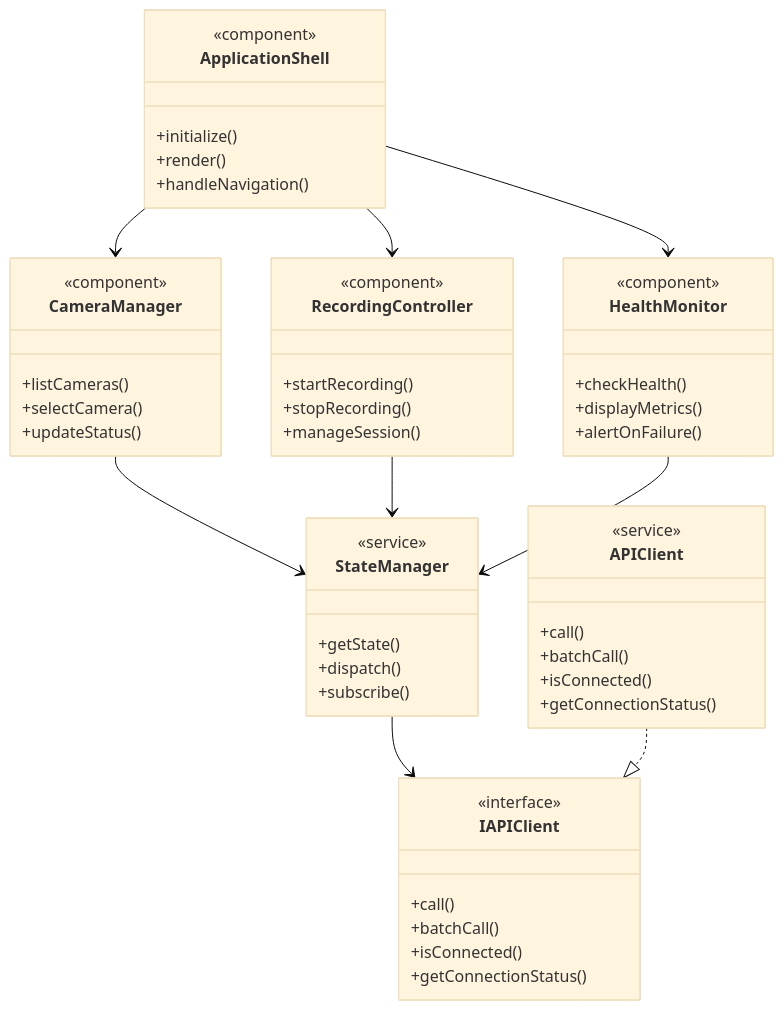
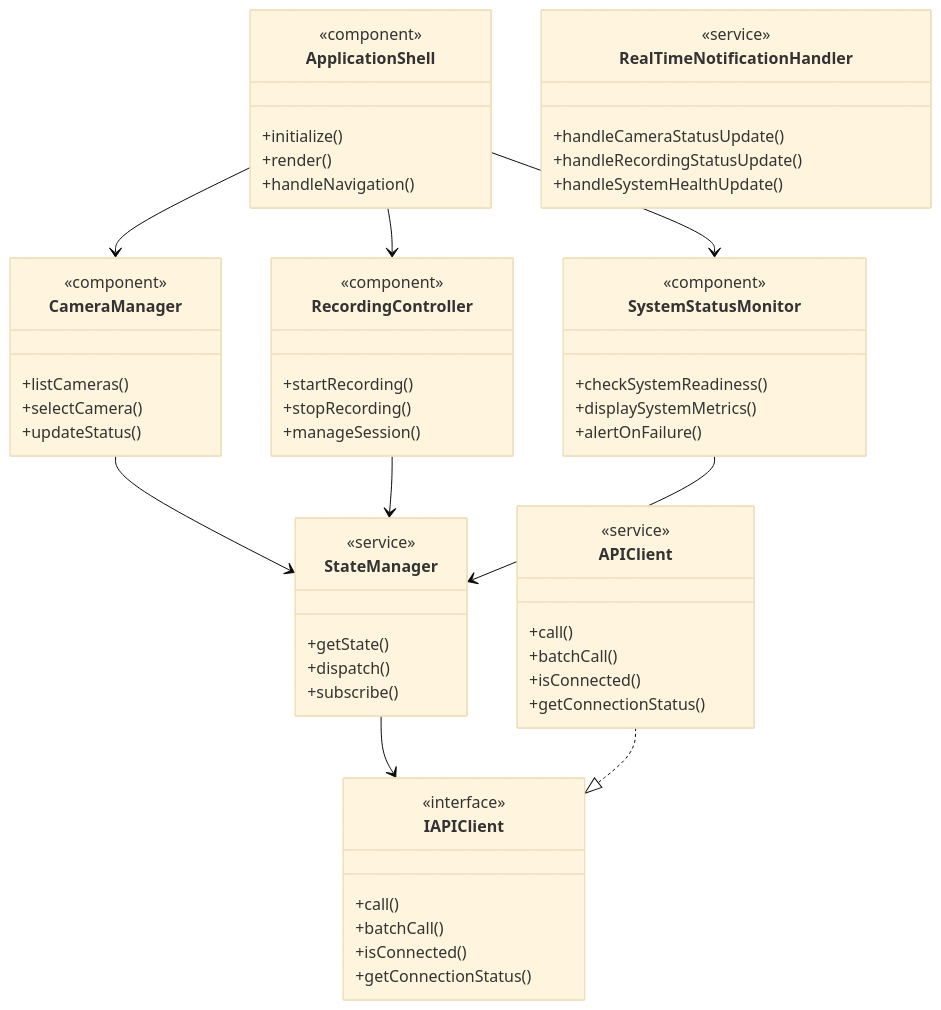
The third of 11 diagrams in MediaMTX-Camera-Service-Client/client/docs/architecture/client-architechture.md (CarlosSprekelsen/CameraRecorder), drawn with Mermaid (base theme) before and after one commit. The commit also changed other lines of this file and 20 other files, not shown here.

Commit message:
realtime notification handler imlementations

````diff
--- a/MediaMTX-Camera-Service-Client/client/docs/architecture/client-architechture.md
+++ b/MediaMTX-Camera-Service-Client/client/docs/architecture/client-architechture.md
@@ -204,62 +204,69 @@
 ```mermaid
 classDiagram
     class ApplicationShell {
         <<component>>
         +initialize()
         +render()
         +handleNavigation()
     }
     
     class CameraManager {
         <<component>>
         +listCameras()
         +selectCamera()
         +updateStatus()
     }
     
     class RecordingController {
         <<component>>
         +startRecording()
         +stopRecording()
         +manageSession()
     }
     
-    class HealthMonitor {
+    class SystemStatusMonitor {
         <<component>>
-        +checkHealth()
-        +displayMetrics()
+        +checkSystemReadiness()
+        +displaySystemMetrics()
         +alertOnFailure()
+    }
+    
+    class RealTimeNotificationHandler {
+        <<service>>
+        +handleCameraStatusUpdate()
+        +handleRecordingStatusUpdate()
+        +handleSystemHealthUpdate()
     }
     
     class StateManager {
         <<service>>
         +getState()
         +dispatch()
         +subscribe()
     }
     
     class IAPIClient {
         <<interface>>
         +call()
         +batchCall()
         +isConnected()
         +getConnectionStatus()
     }
     
     class APIClient {
         <<service>>
         +call()
         +batchCall()
         +isConnected()
         +getConnectionStatus()
     }
     
     ApplicationShell --> CameraManager
     ApplicationShell --> RecordingController
-    ApplicationShell --> HealthMonitor
+    ApplicationShell --> SystemStatusMonitor
     CameraManager --> StateManager
     RecordingController --> StateManager
-    HealthMonitor --> StateManager
+    SystemStatusMonitor --> StateManager
     StateManager --> IAPIClient
     APIClient ..|> IAPIClient
 ```
````
